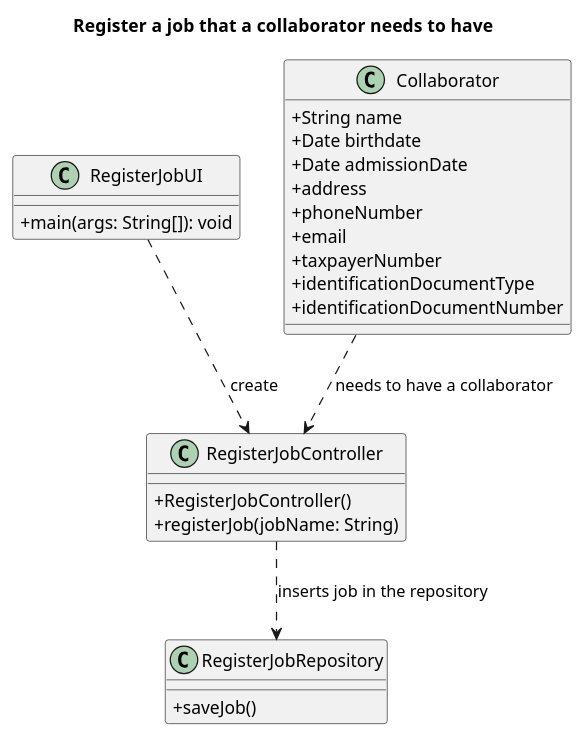
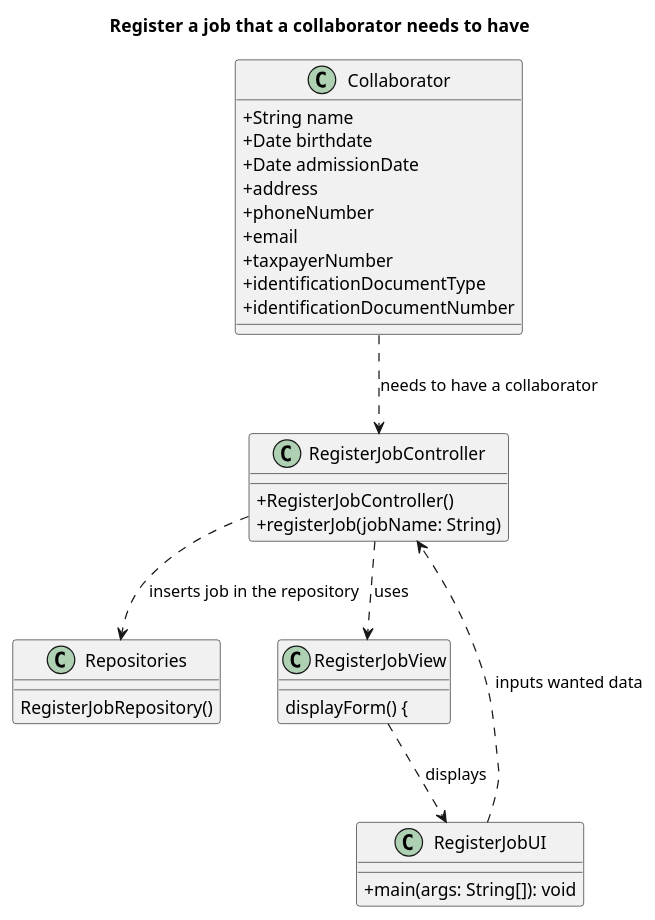
The diagram in docs/sprintB/us002/03.design/puml/us002-class-diagram.puml (Departamento-de-Engenharia-Informatica/lei-24-s2-1dm-g132), drawn with PlantUML before and after one commit. The commit also changed 1 other file, not shown here.

Commit message:
Changes in the us 002 and us 006 class diagram

```diff
--- a/docs/sprintB/us002/03.design/puml/us002-class-diagram.puml
+++ b/docs/sprintB/us002/03.design/puml/us002-class-diagram.puml
@@ -2,36 +2,42 @@
 @startuml
 title Register a job  that a collaborator needs to have
 
 skinparam classAttributeIconSize 0
 
 
 class RegisterJobController {
     + RegisterJobController()
     + registerJob(jobName: String)
 
 }
 
 class RegisterJobUI {
     +main(args: String[]): void
 }
 
-class RegisterJobRepository {
-    +saveJob()
+class Repositories {
+    RegisterJobRepository()
 }
+class RegisterJobView {
+    displayForm() {
+    }
+
 
 class Collaborator {
     +String name
     +Date birthdate
     +Date admissionDate
     +address
     +phoneNumber
     +email
     +taxpayerNumber
     +identificationDocumentType
     +identificationDocumentNumber
 }
 
-RegisterJobUI ..> RegisterJobController: create
-RegisterJobController ..> RegisterJobRepository : inserts job in the repository
+RegisterJobUI ..> RegisterJobController: inputs wanted data
+RegisterJobController ..> Repositories : inserts job in the repository
 Collaborator ..> RegisterJobController : needs to have a collaborator
+RegisterJobView ..> RegisterJobUI : displays
+RegisterJobController ..> RegisterJobView : uses
 @enduml
```
